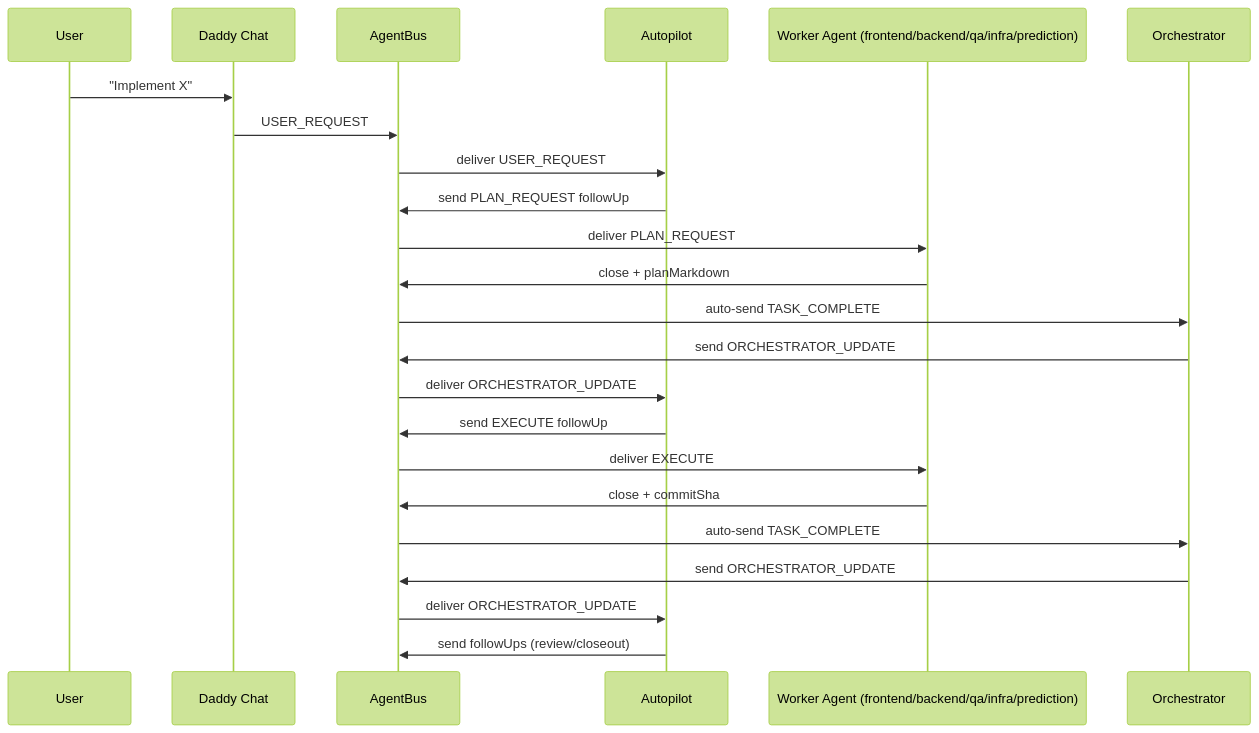
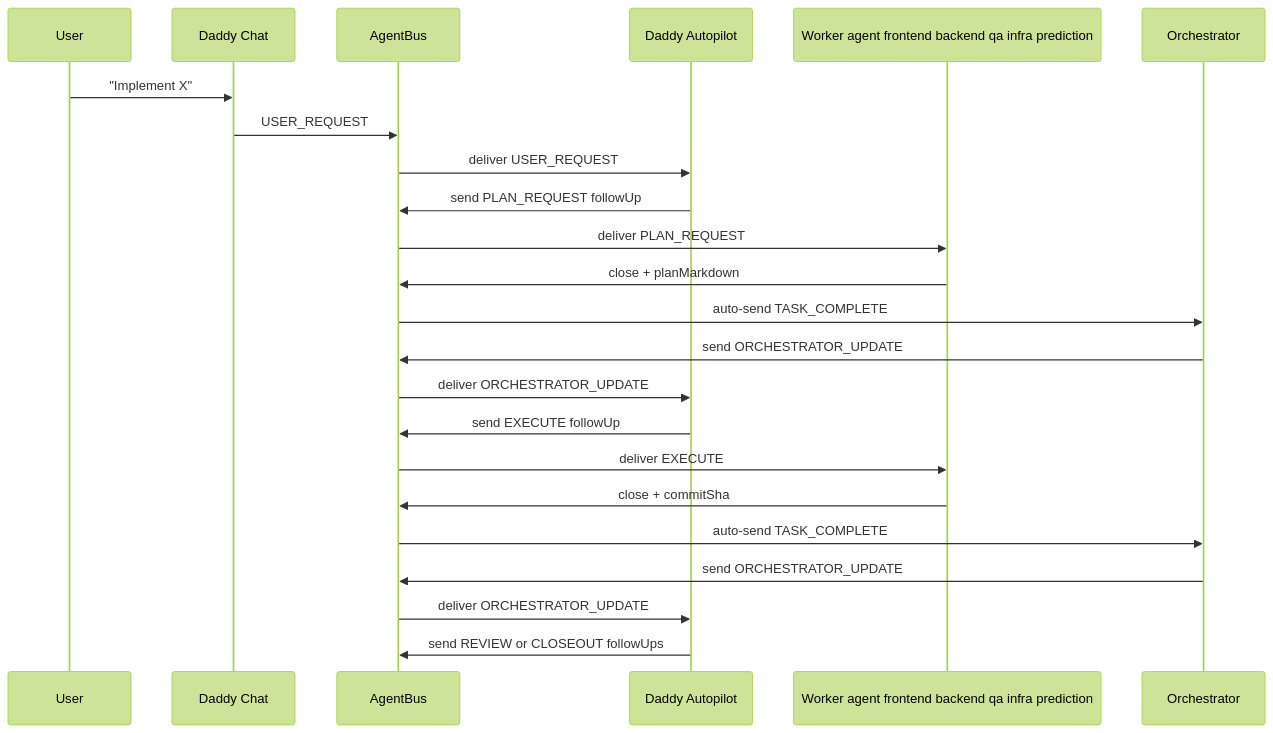
The second of 4 diagrams in docs/agentic/WORKFLOW_VISUALS.md (future3OOO/agentic-cockpit), drawn with Mermaid (forest theme) before and after one commit. The commit also changed other lines of this file and 1 other file, not shown here.

Commit message:
docs: expand cockpit workflow visuals to full architecture

````diff
--- a/docs/agentic/WORKFLOW_VISUALS.md
+++ b/docs/agentic/WORKFLOW_VISUALS.md
@@ -45,26 +134,26 @@
 ```mermaid
 sequenceDiagram
   participant U as User
   participant C as Daddy Chat
   participant B as AgentBus
-  participant A as Autopilot
-  participant W as Worker Agent (frontend/backend/qa/infra/prediction)
+  participant A as Daddy Autopilot
+  participant W as Worker agent frontend backend qa infra prediction
   participant O as Orchestrator
 
   U->>C: "Implement X"
   C->>B: USER_REQUEST
   B->>A: deliver USER_REQUEST
   A->>B: send PLAN_REQUEST followUp
   B->>W: deliver PLAN_REQUEST
   W->>B: close + planMarkdown
   B->>O: auto-send TASK_COMPLETE
   O->>B: send ORCHESTRATOR_UPDATE
   B->>A: deliver ORCHESTRATOR_UPDATE
   A->>B: send EXECUTE followUp
   B->>W: deliver EXECUTE
   W->>B: close + commitSha
   B->>O: auto-send TASK_COMPLETE
   O->>B: send ORCHESTRATOR_UPDATE
   B->>A: deliver ORCHESTRATOR_UPDATE
-  A->>B: send followUps (review/closeout)
+  A->>B: send REVIEW or CLOSEOUT followUps
 ```
````
